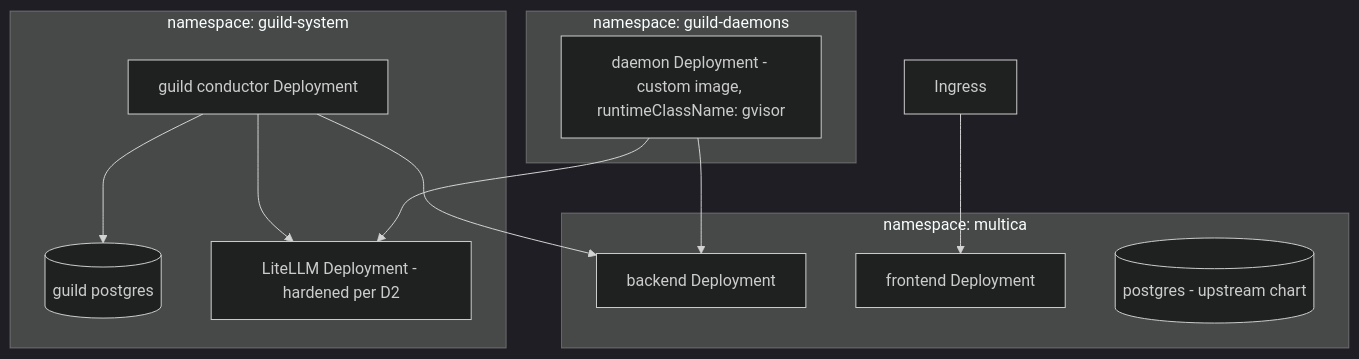
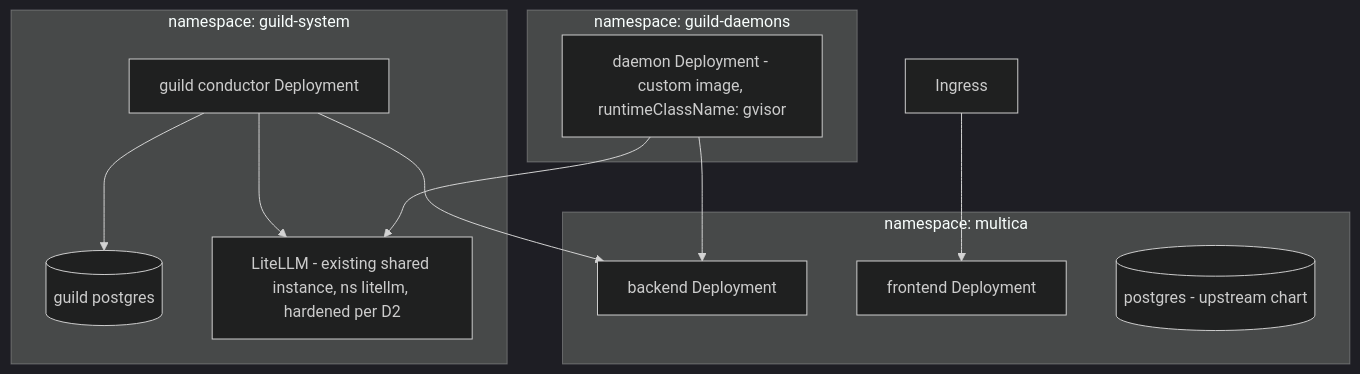
One commit to maacarbo/guild changed the second of 2 diagrams in docs/ARCHITECTURE.md. Above: the diagram before and after it, drawn with Mermaid (dark theme). The commit also changed other lines of this file and 2 other files, not shown here.

Commit message:
M1 deploy aligned with cluster reality: Flux GitOps process, reuse existing LiteLLM, placement decisions surfaced
Per the 2026-07-29 home-cluster profile (Talos/Flux/Envoy Gateway/ESO):
the cluster forbids ad-hoc helm install, so Multica lands as a Flux
HelmRelease in home-lab/k8s-cluster; the existing shared LiteLLM (ns
litellm, no Anthropic route yet) is reused pending sign-off; Postgres
placement and M1 exposure recorded as pre-deploy operator decisions
(open questions 5-6).

Claude-Session: https://claude.ai/code/session_01EsZY56cowqiWXd73ad6YQd

````diff
--- a/docs/ARCHITECTURE.md
+++ b/docs/ARCHITECTURE.md
@@ -104,22 +104,22 @@
 ```mermaid
 flowchart TB
     subgraph ns1["namespace: multica"]
         BE[backend Deployment]
         FE[frontend Deployment]
         MPG[(postgres - upstream chart)]
     end
     subgraph ns2["namespace: guild-system"]
         GC[guild conductor Deployment]
         GPG[(guild postgres)]
-        LLM2[LiteLLM Deployment - hardened per D2]
+        LLM2[LiteLLM - existing shared instance, ns litellm, hardened per D2]
     end
     subgraph ns3["namespace: guild-daemons"]
         D1[daemon Deployment - custom image, runtimeClassName: gvisor]
     end
     ING[Ingress] --> FE
     GC --> BE
     D1 --> BE
     D1 --> LLM2
     GC --> LLM2
     GC --> GPG
 ```
````
